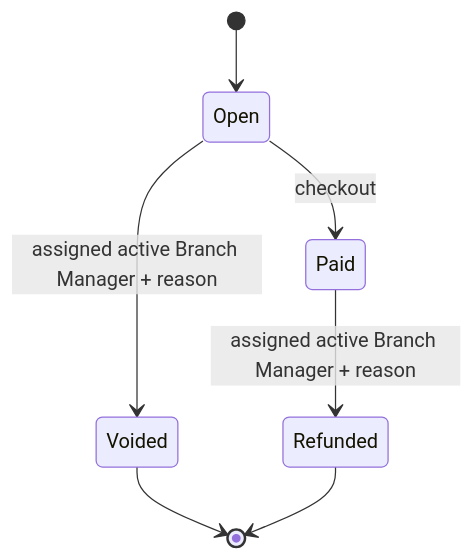
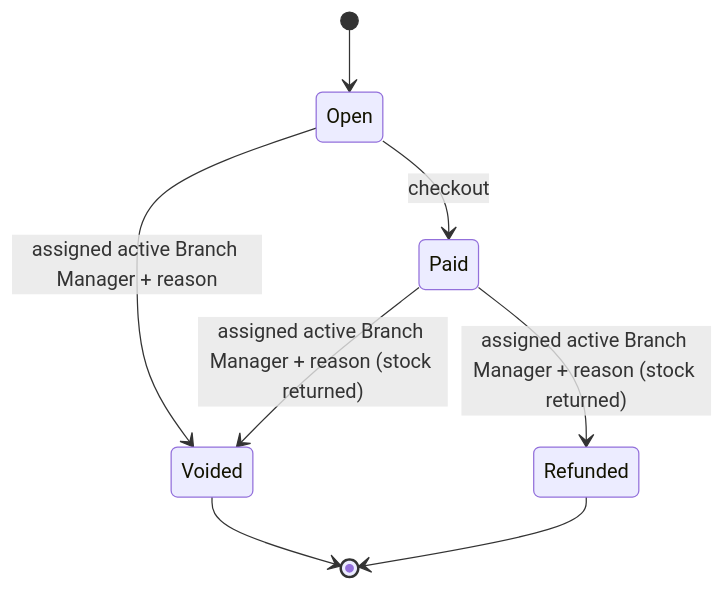
Diagram 18 of 32 in DESIGN.md (NarendraDappili/ApexPostLogisticsRepo), drawn with Mermaid before and after one commit. The commit also changed other lines of this file and 101 other files, not shown here.

````diff
--- a/DESIGN.md
+++ b/DESIGN.md
@@ -299,9 +299,10 @@
 ```mermaid
 stateDiagram-v2
     [*] --> Open
     Open --> Paid: checkout
     Open --> Voided: assigned active Branch Manager + reason
-    Paid --> Refunded: assigned active Branch Manager + reason
+    Paid --> Voided: assigned active Branch Manager + reason (stock returned)
+    Paid --> Refunded: assigned active Branch Manager + reason (stock returned)
     Voided --> [*]
     Refunded --> [*]
 ```
````
